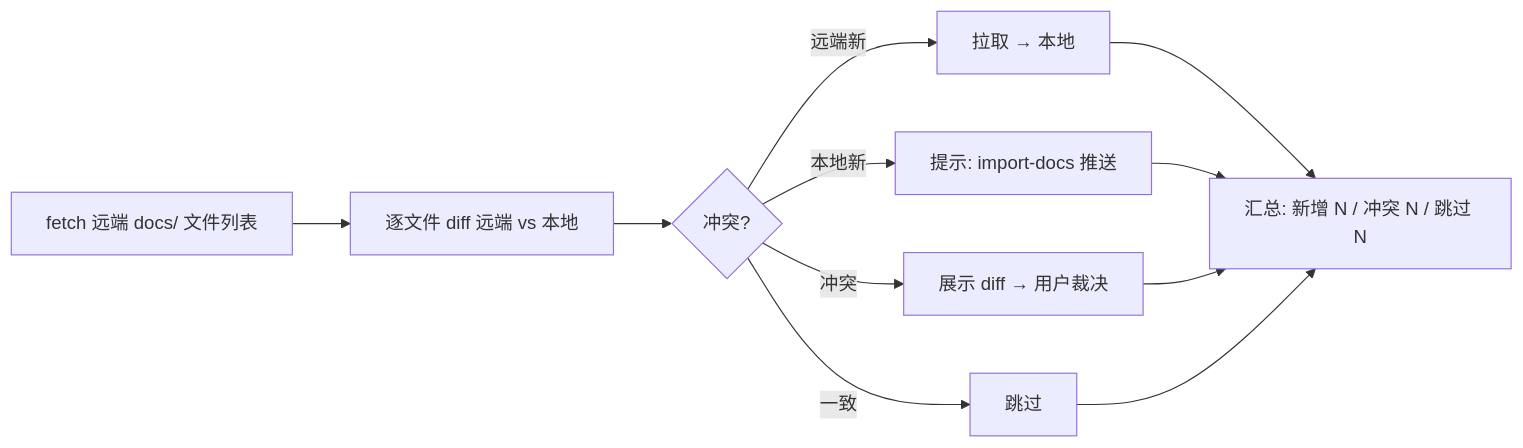
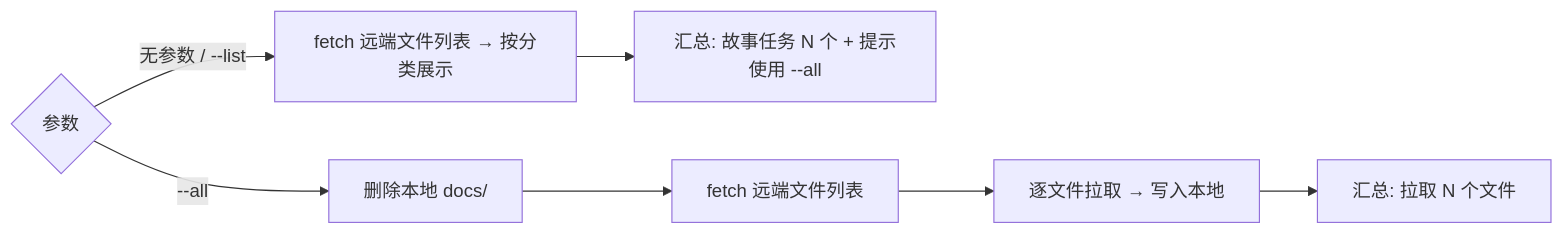
Before and after one commit to effiy/YiWeb: the second of 3 diagrams in .claude/skills/rui-docs/SKILL.md, drawn with Mermaid. The commit also changed other lines of this file and 37 other files, not shown here.

````diff
--- a/.claude/skills/rui-docs/SKILL.md
+++ b/.claude/skills/rui-docs/SKILL.md
@@ -34,10 +75,8 @@
 ```mermaid
 flowchart LR
-    FETCH["fetch 远端 docs/ 文件列表"] --> DIFF["逐文件 diff 远端 vs 本地"]
-    DIFF --> RESOLVE{冲突?}
-    RESOLVE -->|远端新| PULL["拉取 → 本地"]
-    RESOLVE -->|本地新| PUSH["提示: import-docs 推送"]
-    RESOLVE -->|冲突| CONFLICT["展示 diff → 用户裁决"]
-    RESOLVE -->|一致| SKIP["跳过"]
-    PULL & PUSH & CONFLICT & SKIP --> STATS["汇总: 新增 N / 冲突 N / 跳过 N"]
+    PARSE{参数} -->|无参数 / --list| LIST["fetch 远端文件列表 → 按分类展示"]
+    LIST --> STATS["汇总: 故事任务 N 个 + 提示使用 --all"]
+    PARSE -->|--all| FETCH["删除本地 docs/"] --> PULL["fetch 远端文件列表"]
+    PULL --> WRITE["逐文件拉取 → 写入本地"]
+    WRITE --> STATS2["汇总: 拉取 N 个文件"]
 ```
````
